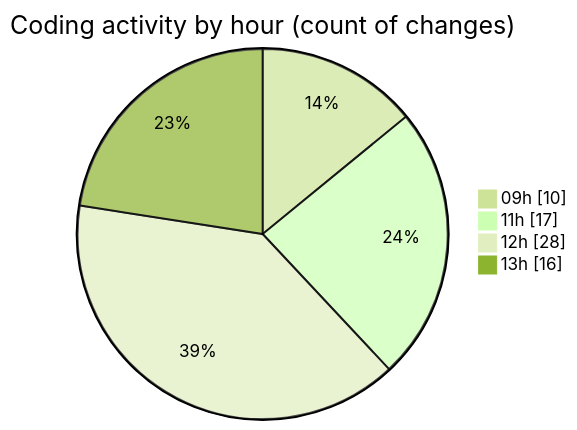
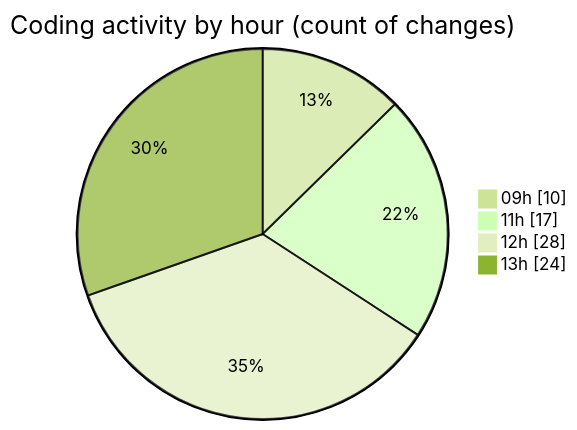
Before and after one commit to momahboobian/code-tracking: the second of 2 diagrams in 2026-05-07/cda/README.md, drawn with Mermaid (forest theme). The commit also changed other lines of this file and 1 other file, not shown here.

````diff
--- a/2026-05-07/cda/README.md
+++ b/2026-05-07/cda/README.md
@@ -43,8 +43,8 @@
 ```mermaid
 pie showData
 title Coding activity by hour (count of changes)
 "09h" : 10
 "11h" : 17
 "12h" : 28
-"13h" : 16
+"13h" : 24
 ```
````
